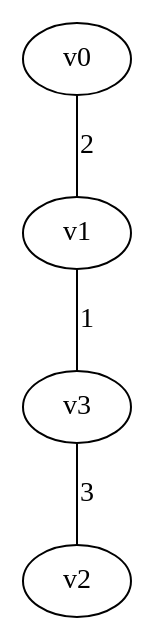
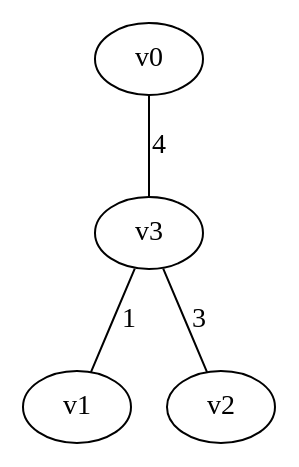
The diagram in outputs/gn4_mst_p_2.dot (japie1235813/Algo_PA3), drawn with Graphviz before and after one commit. The commit also changed 18 other files, not shown here.

```diff
--- a/outputs/gn4_mst_p_2.dot
+++ b/outputs/gn4_mst_p_2.dot
@@ -1,5 +1,5 @@
 graph gn4_mst_p {
-v0 -- v1 [label = "2"];
+v3 -- v1 [label = "1"];
 v3 -- v2 [label = "3"];
-v1 -- v3 [label = "1"];
+v0 -- v3 [label = "4"];
 }
```
